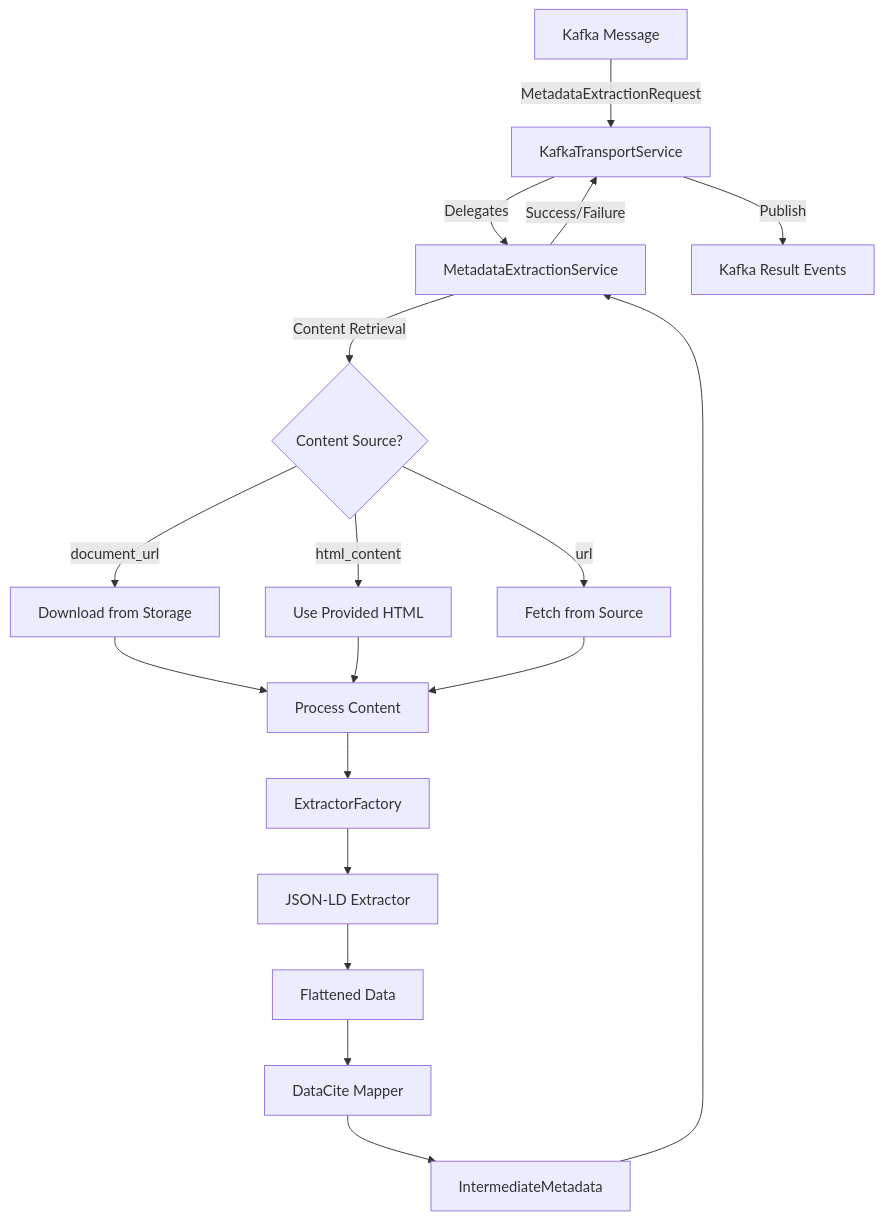
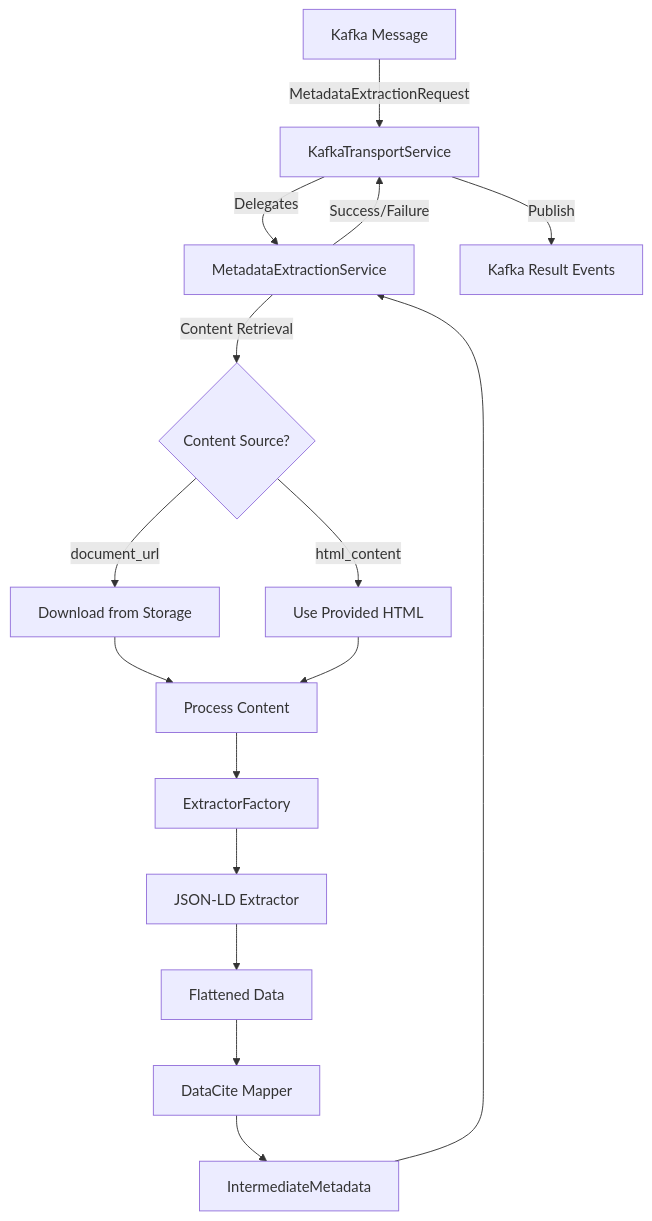
One commit to dainst/civers changed the diagram in civers_metadata_extractor/README.md. Above: the diagram before and after it, drawn with Mermaid. The commit also changed other lines of this file and 246 other files, not shown here.

````diff
--- a/civers_metadata_extractor/README.md
+++ b/civers_metadata_extractor/README.md
@@ -178,20 +177,20 @@
 ```mermaid
 graph TD
     A[Kafka Message] -->|MetadataExtractionRequest| B[KafkaTransportService]
     B -->|Delegates| C[MetadataExtractionService]
     C -->|Content Retrieval| D{Content Source?}
     D -->|document_url| E[Download from Storage]
     D -->|html_content| F[Use Provided HTML]
-    D -->|url| G[Fetch from Source]
+   
     E --> H[Process Content]
     F --> H
-    G --> H
+    
     H --> I[ExtractorFactory]
     I --> J[JSON-LD Extractor]
     J --> K[Flattened Data]
     K --> L[DataCite Mapper]
     L --> M[IntermediateMetadata]
     M --> C
     C -->|Success/Failure| B
     B -->|Publish| N[Kafka Result Events]
 ```
````
